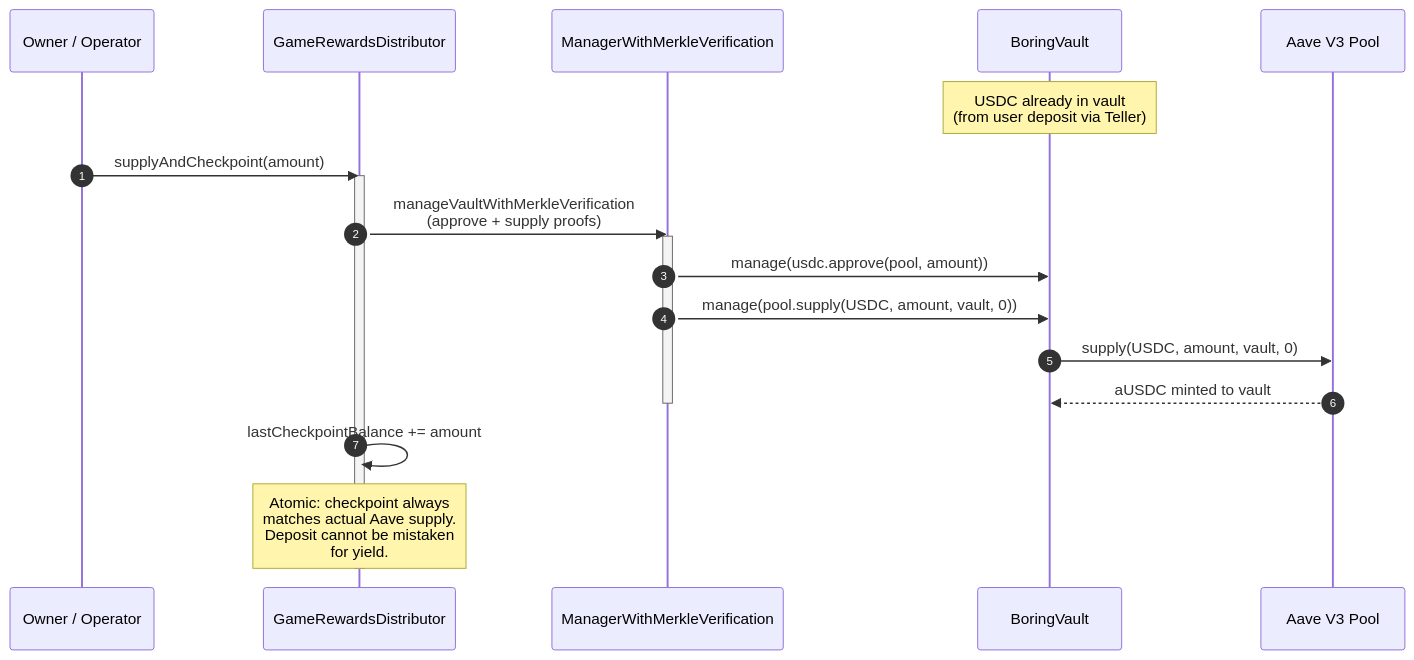
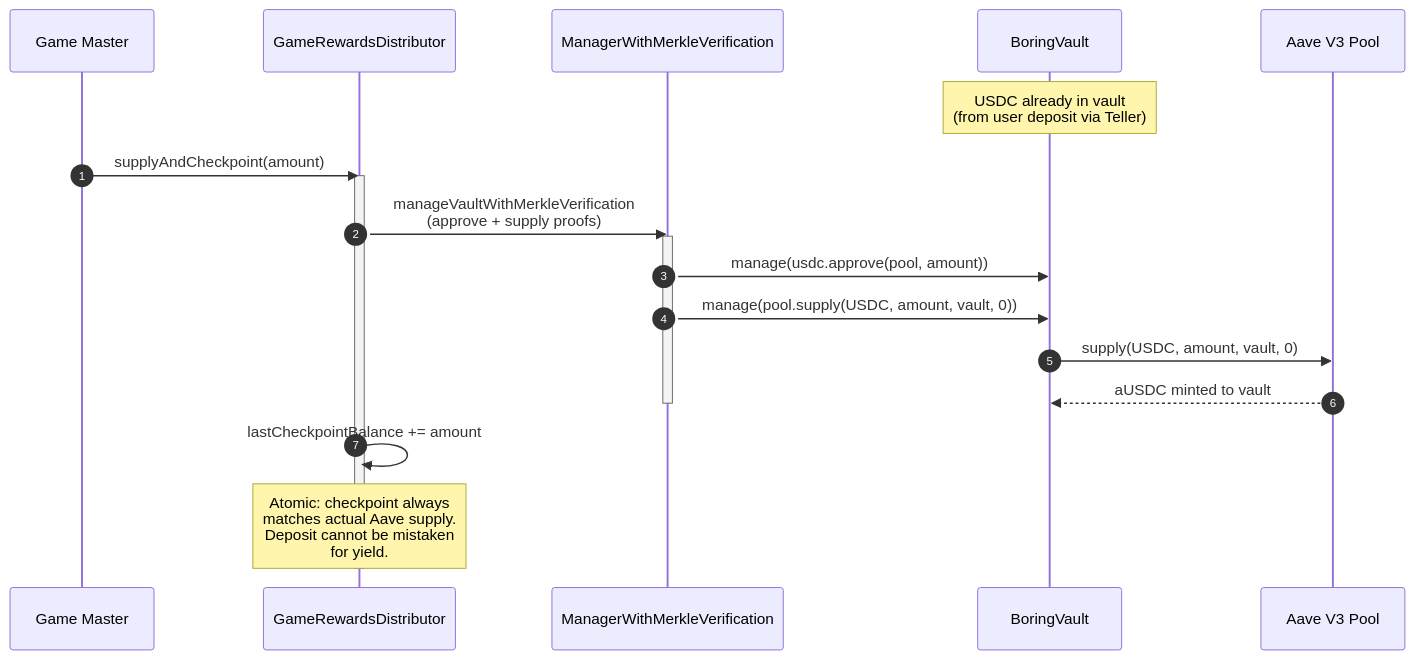
The third of 7 diagrams in docs/architecture.md (corbinpage/clawtogether-contracts), drawn with Mermaid before and after one commit. The commit also changed other lines of this file and 3 other files, not shown here.

First line of the commit message:
Move supplyAndCheckpoint and withdrawAndCheckpoint to GAME_MASTER_ROLE

````diff
--- a/docs/architecture.md
+++ b/docs/architecture.md
@@ -131,28 +131,28 @@
 ```mermaid
 sequenceDiagram
     autonumber
-    participant OP as Owner / Operator
+    participant GM as Game Master
     participant DIST as GameRewardsDistributor
     participant MGR as ManagerWithMerkleVerification
     participant VAULT as BoringVault
     participant AAVE as Aave V3 Pool
 
     Note over VAULT: USDC already in vault<br/>(from user deposit via Teller)
 
-    OP->>DIST: supplyAndCheckpoint(amount)
+    GM->>DIST: supplyAndCheckpoint(amount)
     activate DIST
 
     DIST->>MGR: manageVaultWithMerkleVerification<br/>(approve + supply proofs)
     activate MGR
     MGR->>VAULT: manage(usdc.approve(pool, amount))
     MGR->>VAULT: manage(pool.supply(USDC, amount, vault, 0))
     VAULT->>AAVE: supply(USDC, amount, vault, 0)
     AAVE-->>VAULT: aUSDC minted to vault
     deactivate MGR
 
     DIST->>DIST: lastCheckpointBalance += amount
 
     Note over DIST: Atomic: checkpoint always<br/>matches actual Aave supply.<br/>Deposit cannot be mistaken<br/>for yield.
 
     deactivate DIST
 ```
````
